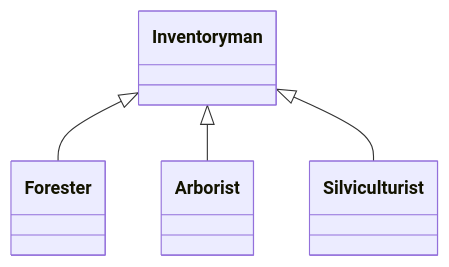
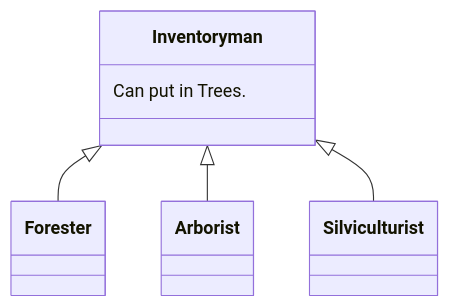
Before and after one commit to MilanVlaski/forestry: the second of 2 diagrams in docs/Domain_model.md, drawn with Mermaid. The commit also changed 2 other files, not shown here.

Commit message:
docs: improve use cases

````diff
--- a/docs/Domain_model.md
+++ b/docs/Domain_model.md
@@ -60,6 +60,10 @@
 ```mermaid
 classDiagram
 Inventoryman <|-- Forester
 Inventoryman <|-- Arborist
 Inventoryman <|-- Silviculturist
+
+class Inventoryman {
+    Can put in Trees.
+}
 ```
````
